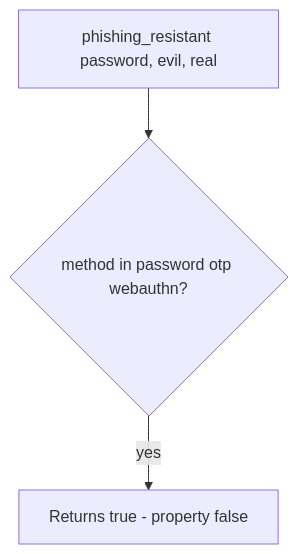
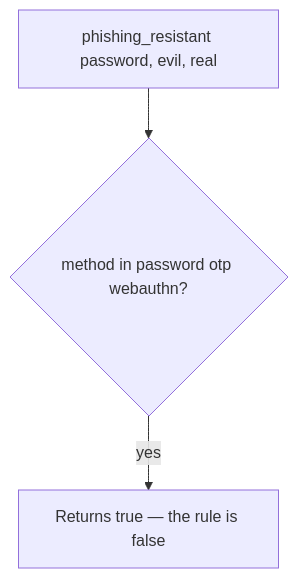
Before and after one commit to ishitvagoel/LearnSecurity: the diagram in content/modules/4/4.2/lessons/03-break.md, drawn with Mermaid. The commit also changed other lines of this file and 39 other files, not shown here.

````diff
--- a/content/modules/4/4.2/lessons/03-break.md
+++ b/content/modules/4/4.2/lessons/03-break.md
@@ -17,5 +26,5 @@
 ```mermaid
 flowchart TD
   Call["phishing_resistant password, evil, real"] --> Set{"method in password otp webauthn?"}
-  Set -->|yes| True[Returns true - property false]
+  Set -->|yes| True[Returns true — the rule is false]
 ```
````
